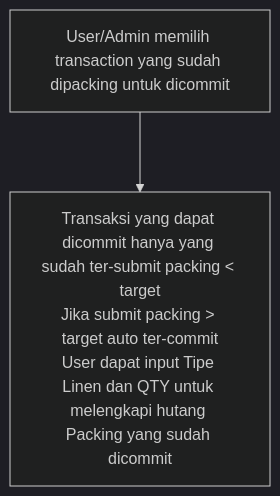
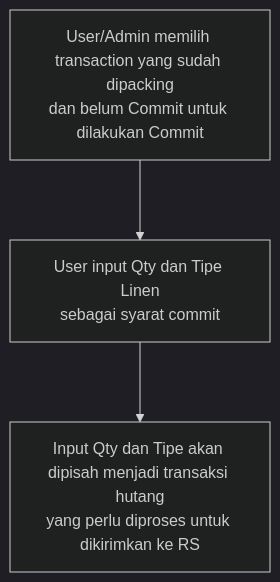
Before and after one commit to bagaskrmn/bac-flow-laundry: the third of 3 diagrams in laundry-activities/packing-scan.md, drawn with Mermaid (dark theme). The commit also changed other lines of this file, not shown here.

````diff
--- a/laundry-activities/packing-scan.md
+++ b/laundry-activities/packing-scan.md
@@ -71,6 +87,10 @@
 ```mermaid
 %%{init: {'flowchart': {'curve': 'linear', 'nodeSpacing': 60, 'rankSpacing': 80, 'diagramPadding': 24}}}%%
 flowchart TD
-    N_IN["User/Admin memilih transaction yang sudah dipacking untuk dicommit"]
-    N_IN --> N_LIST["Transaksi yang dapat dicommit hanya yang sudah ter-submit packing < target<br/>Jika submit packing > target auto ter-commit<br/>User dapat input Tipe Linen dan QTY untuk melengkapi hutang Packing yang sudah dicommit"]
+    N_IN["User/Admin memilih transaction yang sudah dipacking<br/>dan belum Commit untuk dilakukan Commit"]
+
+    N_IN --> N_LIST["User input Qty dan Tipe Linen<br/>sebagai syarat commit"]
+    N_LIST -->N_TRX["Input Qty dan Tipe akan dipisah menjadi transaksi hutang<br/>yang perlu diproses untuk dikirimkan ke RS"]
+
+    class N_IN,N_LIST,N_TRX danger
 ```
````
